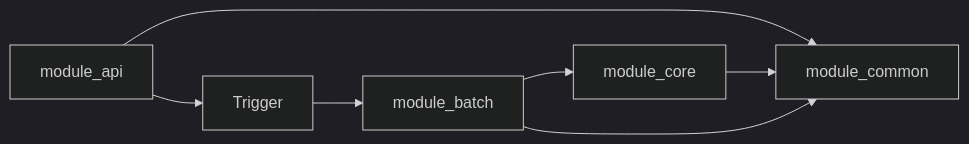
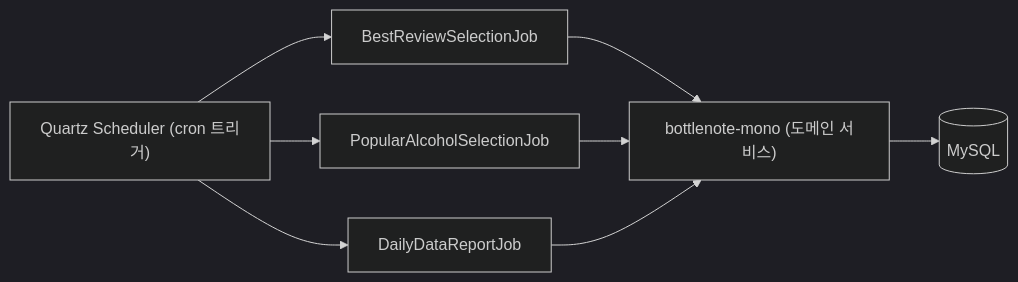
Before and after one commit to bottle-note/bottle-note-api-server: the diagram in bottlenote-batch/README.md, drawn with Mermaid (dark theme). The commit also changed other lines of this file and 9 other files, not shown here.

````diff
--- a/bottlenote-batch/README.md
+++ b/bottlenote-batch/README.md
@@ -9,9 +11,10 @@
 ```mermaid
 flowchart LR
-	B[module_api] --> CC[Trigger]
-	CC[Trigger] --> C[module_batch]
-	C[module_batch] --> D[module_core]
-	B --> E[module_common]
-	D --> E
-	C --> E
+    Q["Quartz Scheduler (cron 트리거)"] --> J1[BestReviewSelectionJob]
+    Q --> J2[PopularAlcoholSelectionJob]
+    Q --> J3[DailyDataReportJob]
+    J1 --> M["bottlenote-mono (도메인 서비스)"]
+    J2 --> M
+    J3 --> M
+    M --> DB[(MySQL)]
 ```
````
